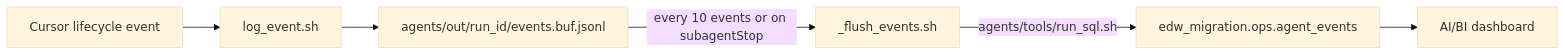
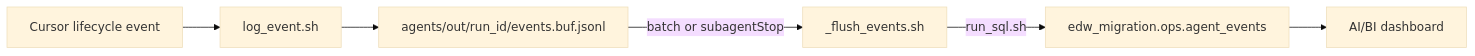
Before and after one commit to Jericho2010/edwmigration: the diagram in .cursor/README.md, drawn with Mermaid (base theme). The commit also changed other lines of this file and 24 other files, not shown here.

````diff
--- a/.cursor/README.md
+++ b/.cursor/README.md
@@ -45,8 +44,8 @@
 ```mermaid
 flowchart LR
   CursorEvent[Cursor lifecycle event] --> LogEvent[log_event.sh]
   LogEvent --> Buffer[agents/out/run_id/events.buf.jsonl]
-  Buffer -->|every 10 events or on subagentStop| Flush[_flush_events.sh]
-  Flush -->|agents/tools/run_sql.sh| UC[edw_migration.ops.agent_events]
+  Buffer -->|batch or subagentStop| Flush[_flush_events.sh]
+  Flush -->|run_sql.sh| UC[edw_migration.ops.agent_events]
   UC --> Dashboard[AI/BI dashboard]
 ```
````
